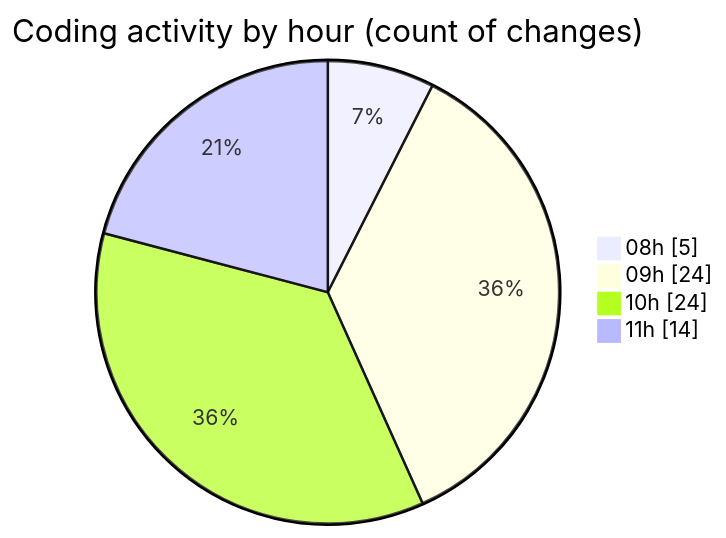
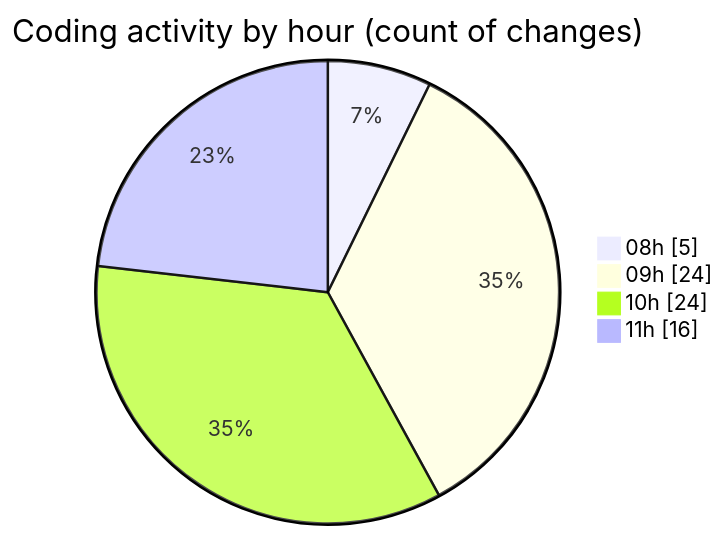
One commit to momahboobian/code-tracking changed the second of 2 diagrams in 2025-11-24/cda/README.md. Above: the diagram before and after it, drawn with Mermaid. The commit also changed other lines of this file and 1 other file, not shown here.

````diff
--- a/2025-11-24/cda/README.md
+++ b/2025-11-24/cda/README.md
@@ -37,8 +38,8 @@
 ```mermaid
 pie showData
 title Coding activity by hour (count of changes)
 "08h" : 5
 "09h" : 24
 "10h" : 24
-"11h" : 14
+"11h" : 16
 ```
````
